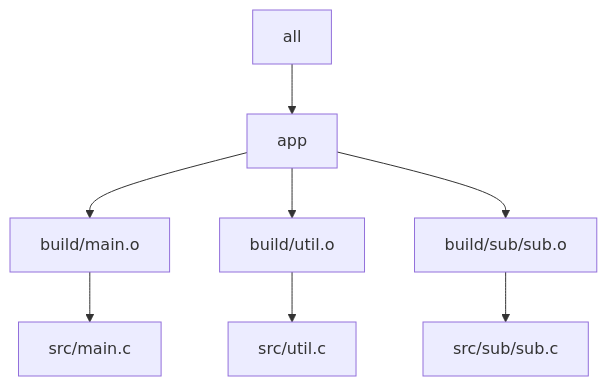
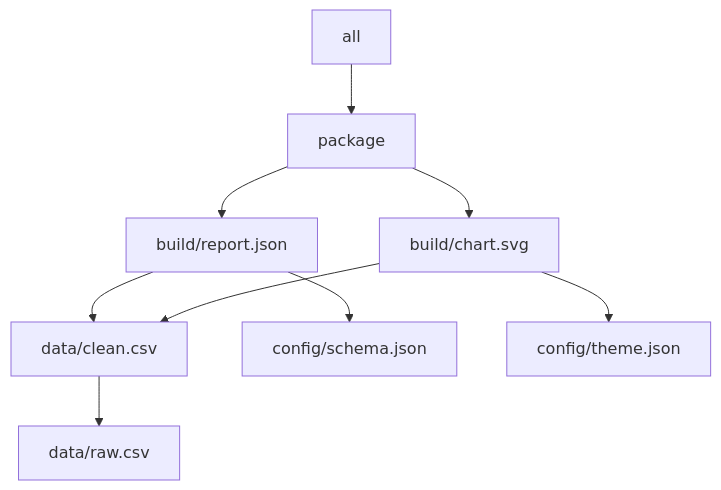
The third of 3 diagrams in programs/reproducible-research/deep-dive-make/course-book/module-02-parallel-safety-project-structure/parallel-scheduling-and-runnable-targets.md (bijux/bijux-masterclass), drawn with Mermaid before and after one commit. The commit also changed other lines of this file, not shown here.

````diff
--- a/programs/reproducible-research/deep-dive-make/course-book/module-02-parallel-safety-project-structure/parallel-scheduling-and-runnable-targets.md
+++ b/programs/reproducible-research/deep-dive-make/course-book/module-02-parallel-safety-project-structure/parallel-scheduling-and-runnable-targets.md
@@ -44,10 +47,11 @@
 ```mermaid
 flowchart TD
-  all["all"] --> app["app"]
-  app --> main["build/main.o"]
-  app --> util["build/util.o"]
-  app --> sub["build/sub/sub.o"]
-  main --> mainc["src/main.c"]
-  util --> utilc["src/util.c"]
-  sub --> subc["src/sub/sub.c"]
+  all["all"] --> package["package"]
+  package --> report["build/report.json"]
+  package --> chart["build/chart.svg"]
+  report --> data["data/clean.csv"]
+  chart --> data
+  data --> raw["data/raw.csv"]
+  report --> schema["config/schema.json"]
+  chart --> theme["config/theme.json"]
 ```
````
